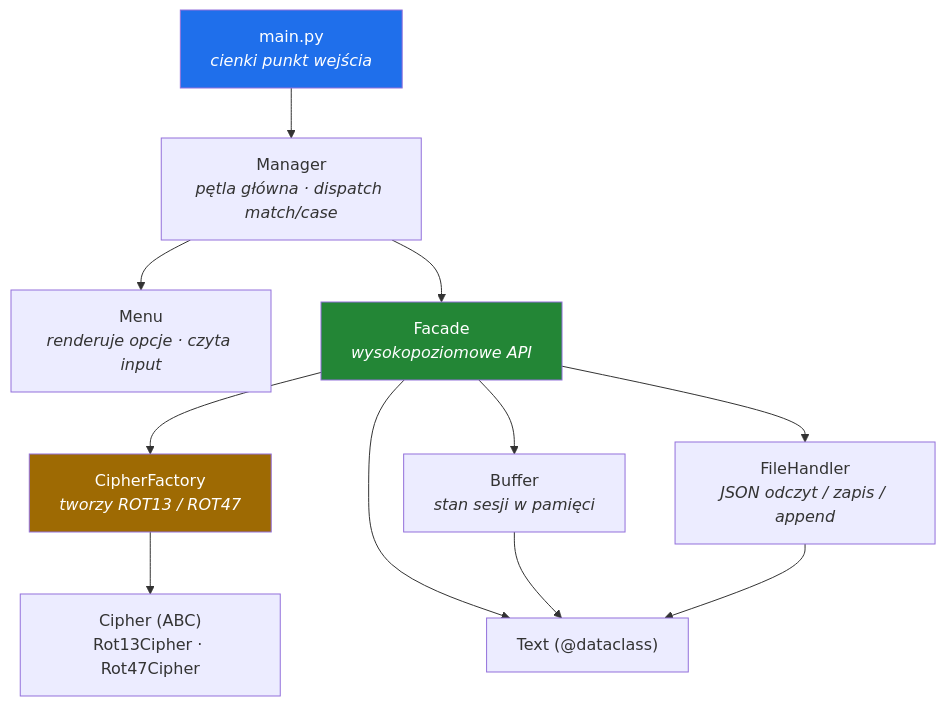
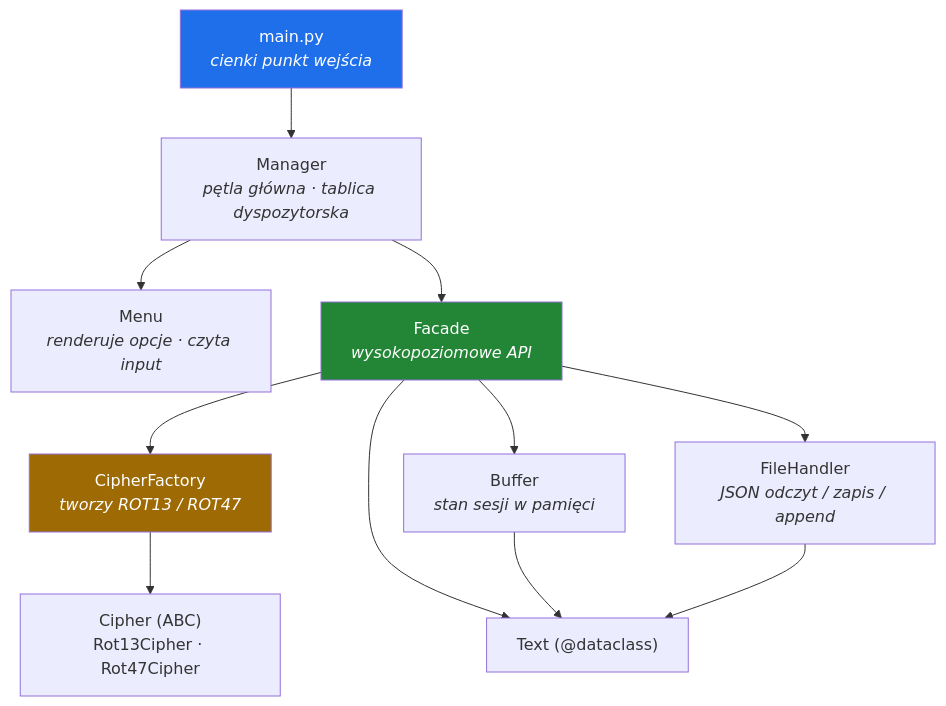
The second of 2 diagrams in README.md (Robert-Stachowski/cipher), drawn with Mermaid before and after one commit. The commit also changed other lines of this file, not shown here.

````diff
--- a/README.md
+++ b/README.md
@@ -262,17 +325,17 @@
 ```mermaid
 flowchart TD
-    A["main.py<br/><i>cienki punkt wejścia</i>"] --> B["Manager<br/><i>pętla główna · dispatch match/case</i>"]
+    A["main.py<br/><i>cienki punkt wejścia</i>"] --> B["Manager<br/><i>pętla główna · tablica dyspozytorska</i>"]
     B --> M["Menu<br/><i>renderuje opcje · czyta input</i>"]
     B --> F["Facade<br/><i>wysokopoziomowe API</i>"]
     F --> C["CipherFactory<br/><i>tworzy ROT13 / ROT47</i>"]
     F --> BUF["Buffer<br/><i>stan sesji w pamięci</i>"]
     F --> S["FileHandler<br/><i>JSON odczyt / zapis / append</i>"]
     C --> CIP["Cipher (ABC)<br/>Rot13Cipher · Rot47Cipher"]
     F --> T["Text (@dataclass)"]
     BUF --> T
     S --> T
 
     style A fill:#1f6feb,color:#fff
     style F fill:#238636,color:#fff
     style C fill:#9e6a03,color:#fff
 ```
````
